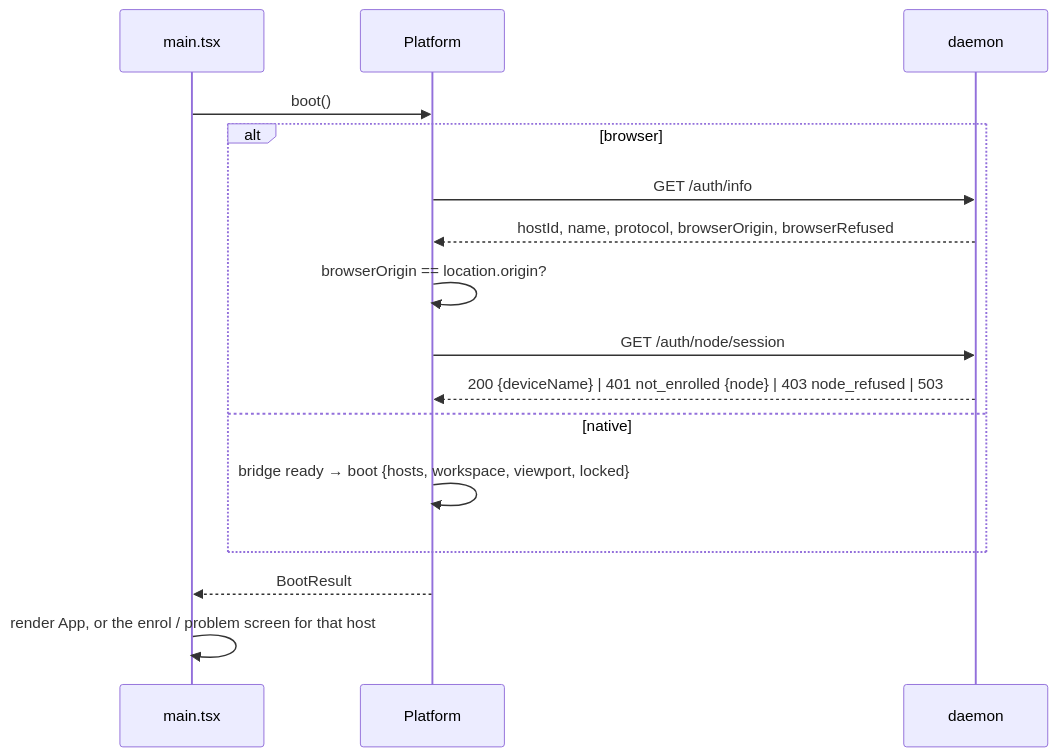
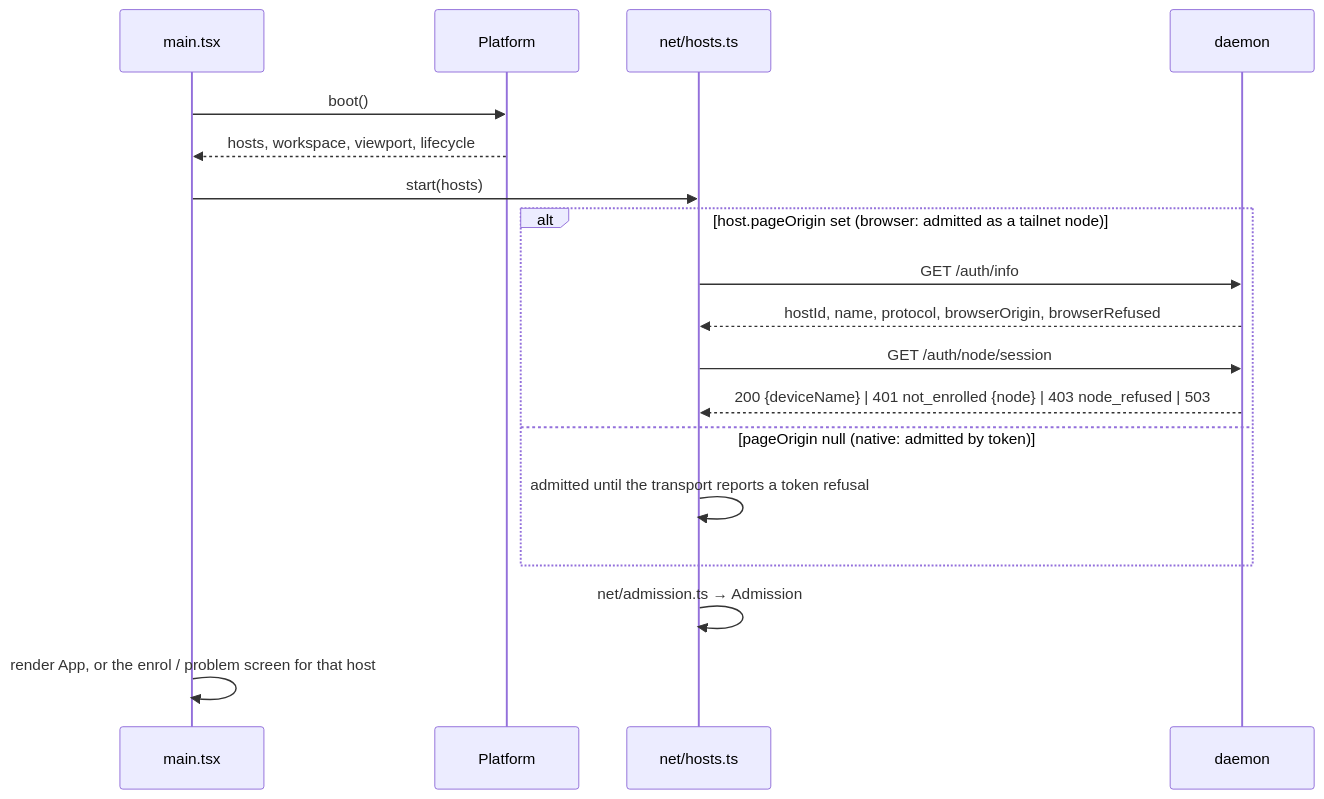
One commit to haowjy/tether changed the second of 4 diagrams in .meridian/work/tether-mvp/design/client-architecture.md. Above: the diagram before and after it, drawn with Mermaid. The commit also changed other lines of this file, not shown here.

Commit message:
Client architecture rev 4: apply review 3

````diff
--- a/.meridian/work/tether-mvp/design/client-architecture.md
+++ b/.meridian/work/tether-mvp/design/client-architecture.md
@@ -232,18 +273,20 @@
 ```mermaid
 sequenceDiagram
   participant M as main.tsx
   participant P as Platform
+  participant H as net/hosts.ts
   participant D as daemon
   M->>P: boot()
-  alt browser
-    P->>D: GET /auth/info
-    D-->>P: hostId, name, protocol, browserOrigin, browserRefused
-    P->>P: browserOrigin == location.origin?
-    P->>D: GET /auth/node/session
-    D-->>P: 200 {deviceName} | 401 not_enrolled {node} | 403 node_refused | 503
-  else native
-    P->>P: bridge ready → boot {hosts, workspace, viewport, locked}
+  P-->>M: hosts, workspace, viewport, lifecycle
+  M->>H: start(hosts)
+  alt host.pageOrigin set (browser: admitted as a tailnet node)
+    H->>D: GET /auth/info
+    D-->>H: hostId, name, protocol, browserOrigin, browserRefused
+    H->>D: GET /auth/node/session
+    D-->>H: 200 {deviceName} | 401 not_enrolled {node} | 403 node_refused | 503
+  else pageOrigin null (native: admitted by token)
+    H->>H: admitted until the transport reports a token refusal
   end
-  P-->>M: BootResult
+  H->>H: net/admission.ts → Admission
   M->>M: render App, or the enrol / problem screen for that host
 ```
````
